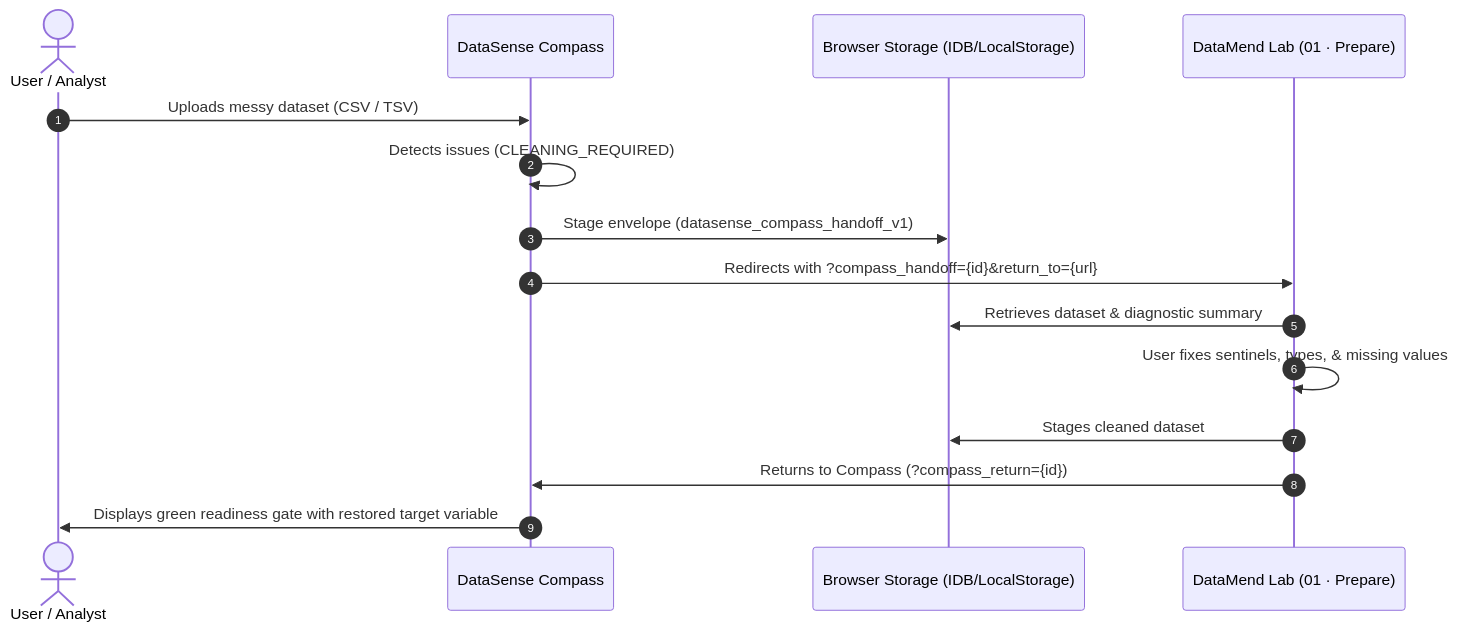
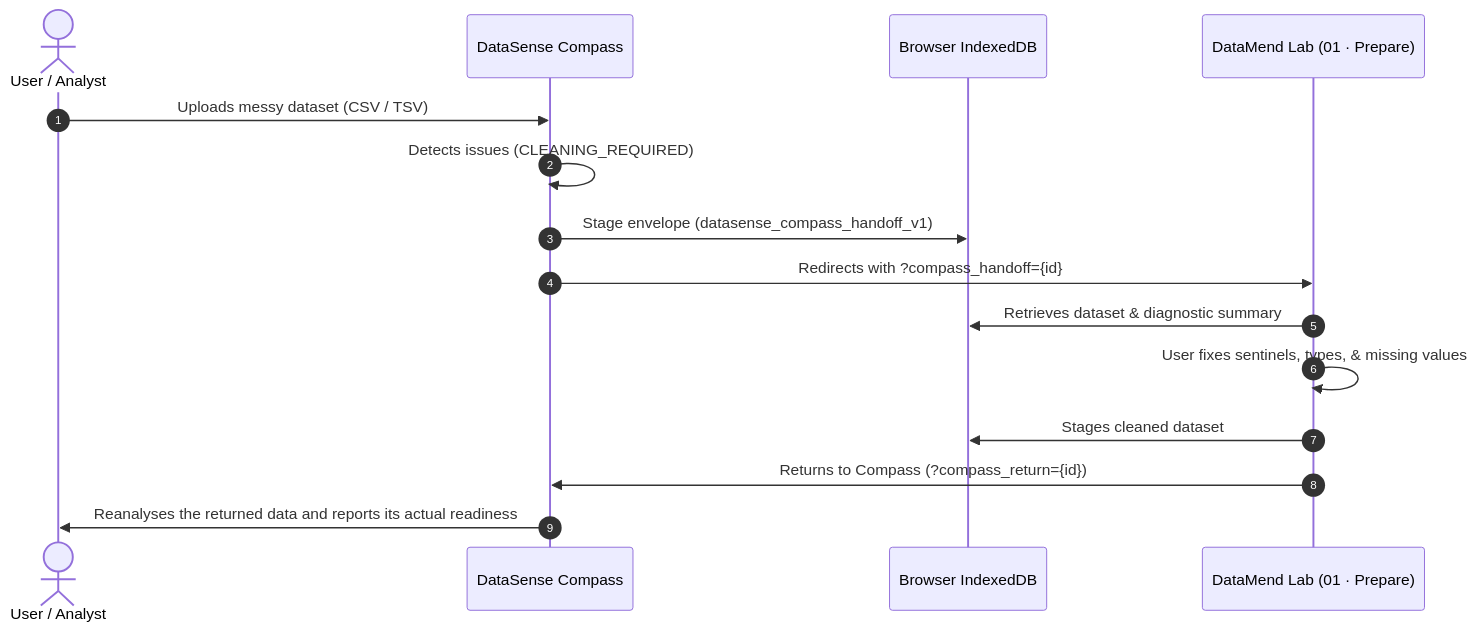
The diagram in README.md (rkohnmn/datasense-studio), drawn with Mermaid before and after one commit. The commit also changed other lines of this file and 27 other files, not shown here.

Commit message:
Enable validated DataMend round trips and gate accessible cross-browser releases

````diff
--- a/README.md
+++ b/README.md
@@ -55,18 +55,18 @@
 ```mermaid
 sequenceDiagram
     autonumber
     actor Analyst as User / Analyst
     participant Compass as DataSense Compass
-    participant Storage as Browser Storage (IDB/LocalStorage)
+    participant Storage as Browser IndexedDB
     participant DataMend as DataMend Lab (01 · Prepare)
 
     Analyst->>Compass: Uploads messy dataset (CSV / TSV)
     Compass->>Compass: Detects issues (CLEANING_REQUIRED)
     Compass->>Storage: Stage envelope (datasense_compass_handoff_v1)
-    Compass->>DataMend: Redirects with ?compass_handoff={id}&return_to={url}
+    Compass->>DataMend: Redirects with ?compass_handoff={id}
     DataMend->>Storage: Retrieves dataset & diagnostic summary
     DataMend->>DataMend: User fixes sentinels, types, & missing values
     DataMend->>Storage: Stages cleaned dataset
     DataMend->>Compass: Returns to Compass (?compass_return={id})
-    Compass->>Analyst: Displays green readiness gate with restored target variable
+    Compass->>Analyst: Reanalyses the returned data and reports its actual readiness
 ```
````
